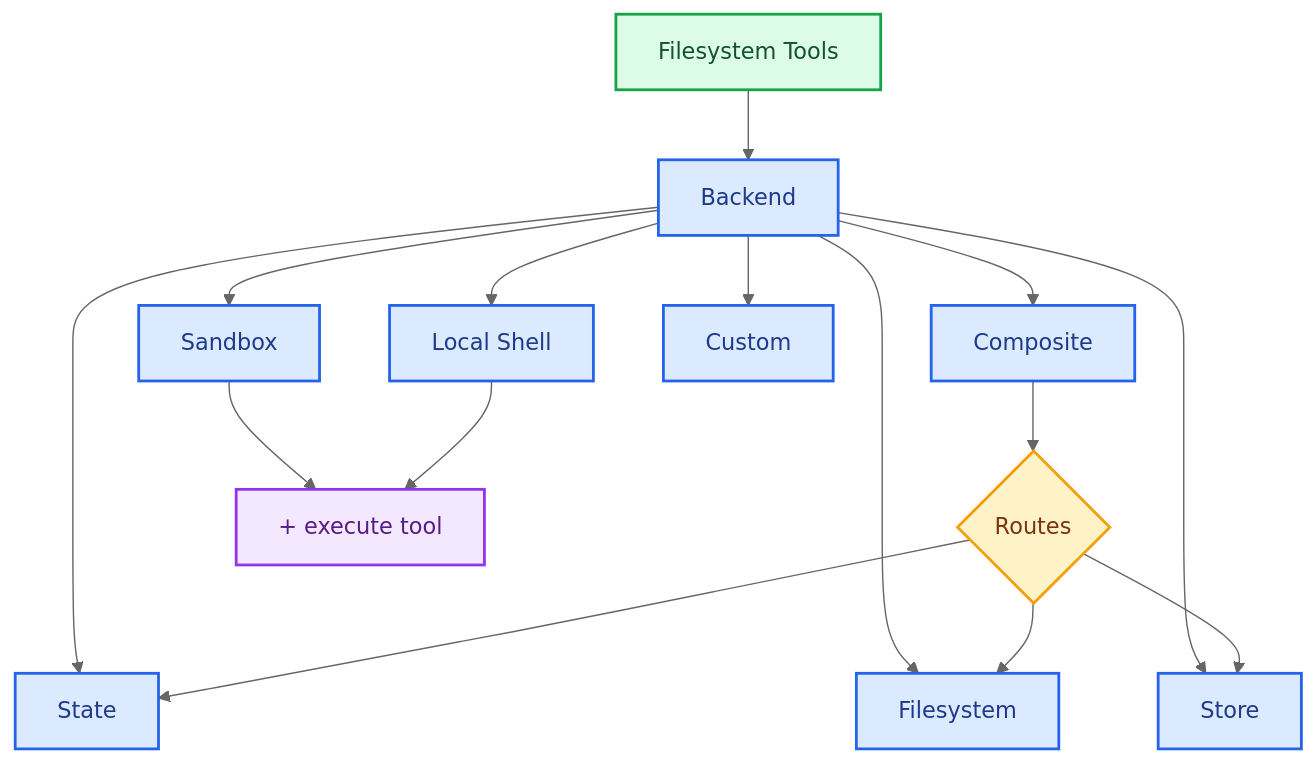
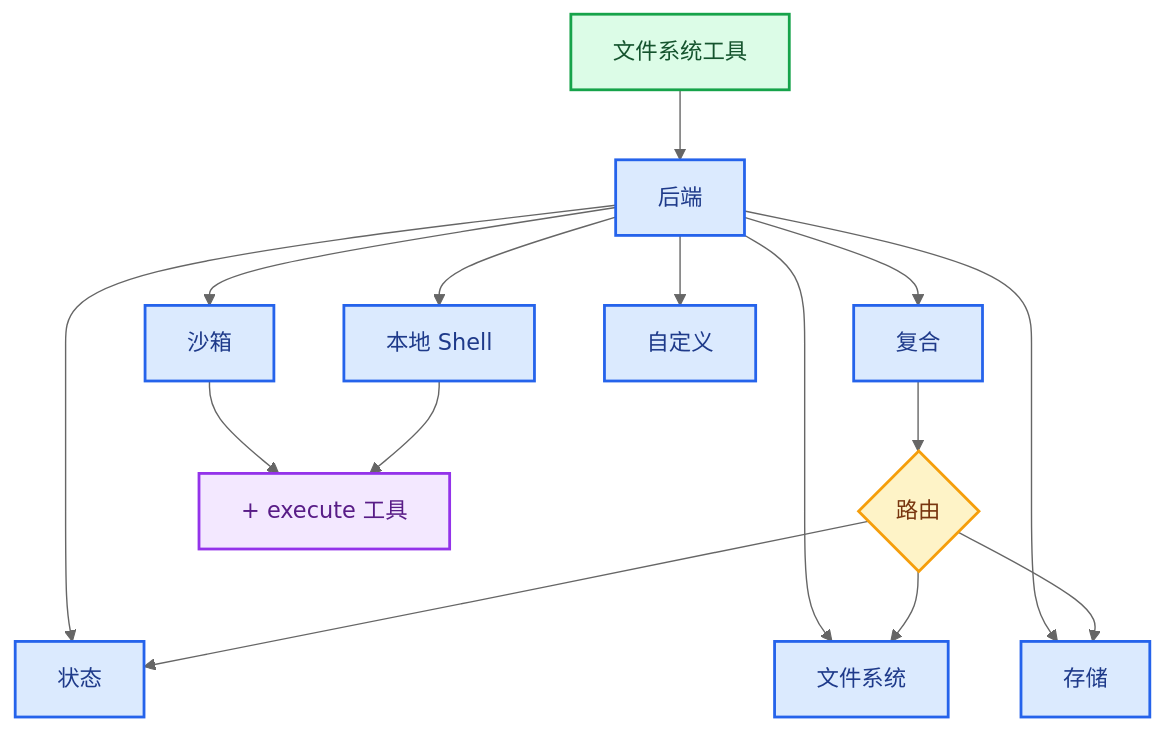
The diagram in oss/javascript/deepagents/backends.mdx (kunfan96/cndocs-langchain), drawn with Mermaid (neutral theme) before and after one commit. The commit also changed other lines of this file and 505 other files, not shown here.

````diff
--- a/oss/javascript/deepagents/backends.mdx
+++ b/oss/javascript/deepagents/backends.mdx
@@ -51,30 +46,30 @@
 ```mermaid
 graph TB
-    Tools[Filesystem Tools] --> Backend[Backend]
+    Tools[文件系统工具] --> Backend[后端]
 
-    Backend --> State[State]
-    Backend --> Disk[Filesystem]
-    Backend --> Store[Store]
-    Backend --> Sandbox[Sandbox]
-    Backend --> LocalShell[Local Shell]
-    Backend --> Composite[Composite]
-    Backend --> Custom[Custom]
+    Backend --> State[状态]
+    Backend --> Disk[文件系统]
+    Backend --> Store[存储]
+    Backend --> Sandbox[沙箱]
+    Backend --> LocalShell[本地 Shell]
+    Backend --> Composite[复合]
+    Backend --> Custom[自定义]
 
-    Composite --> Router{Routes}
+    Composite --> Router{路由}
     Router --> State
     Router --> Disk
     Router --> Store
 
-    Sandbox --> Execute["#43; execute tool"]
-    LocalShell --> Execute["#43; execute tool"]
+    Sandbox --> Execute["#43; execute 工具"]
+    LocalShell --> Execute["#43; execute 工具"]
 
     classDef trigger fill:#DCFCE7,stroke:#16A34A,stroke-width:2px,color:#14532D
     classDef process fill:#DBEAFE,stroke:#2563EB,stroke-width:2px,color:#1E3A8A
     classDef decision fill:#FEF3C7,stroke:#F59E0B,stroke-width:2px,color:#78350F
     classDef output fill:#F3E8FF,stroke:#9333EA,stroke-width:2px,color:#581C87
 
     class Tools trigger
     class Backend,State,Disk,Store,Sandbox,LocalShell,Composite,Custom process
     class Router decision
     class Execute output
 ```
````
